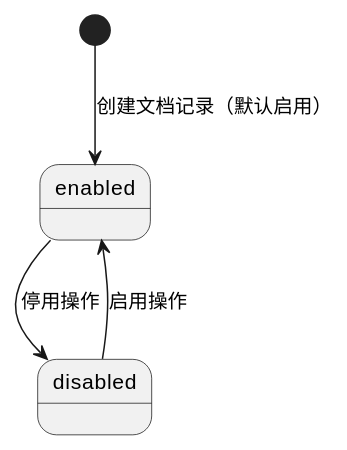
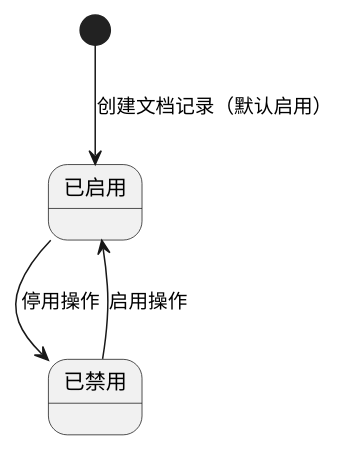
The first of 2 diagrams in 文档管理/1.requirement.md (JazGung/knowlebase), drawn with PlantUML before and after one commit. The commit also changed other lines of this file and 9 other files, not shown here.

````diff
--- a/文档管理/1.requirement.md
+++ b/文档管理/1.requirement.md
@@ -9,7 +9,7 @@
 ```puml
 @startuml
-[*] --> enabled : 创建文档记录（默认启用）
-enabled --> disabled : 停用操作
-disabled --> enabled : 启用操作
+[*] --> 已启用 : 创建文档记录（默认启用）
+已启用 --> 已禁用 : 停用操作
+已禁用 --> 已启用 : 启用操作
 @enduml
 ```
````
